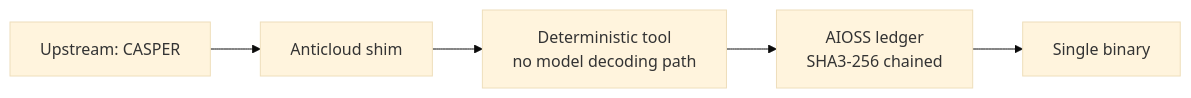
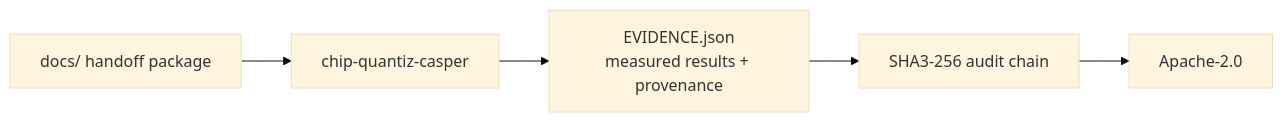
Before and after one commit to the-anticloud/chip-quantiz-casper: the diagram in README.md, drawn with Mermaid (base theme). The commit also changed other lines of this file and 7 other files, not shown here.

````diff
--- a/README.md
+++ b/README.md
@@ -11,7 +22,7 @@
 ```mermaid
 graph LR
-    U[Upstream: CASPER] --> S[Anticloud shim]
-    S --> T[Deterministic tool<br/>no model decoding path]
-    T --> A[AIOSS ledger<br/>SHA3-256 chained]
-    A --> B[Single binary]
+    D[docs/ handoff package] --> R[chip-quantiz-casper]
+    R --> E[EVIDENCE.json\nmeasured results + provenance]
+    E --> A[SHA3-256 audit chain]
+    A --> L[Apache-2.0]
 ```
````
